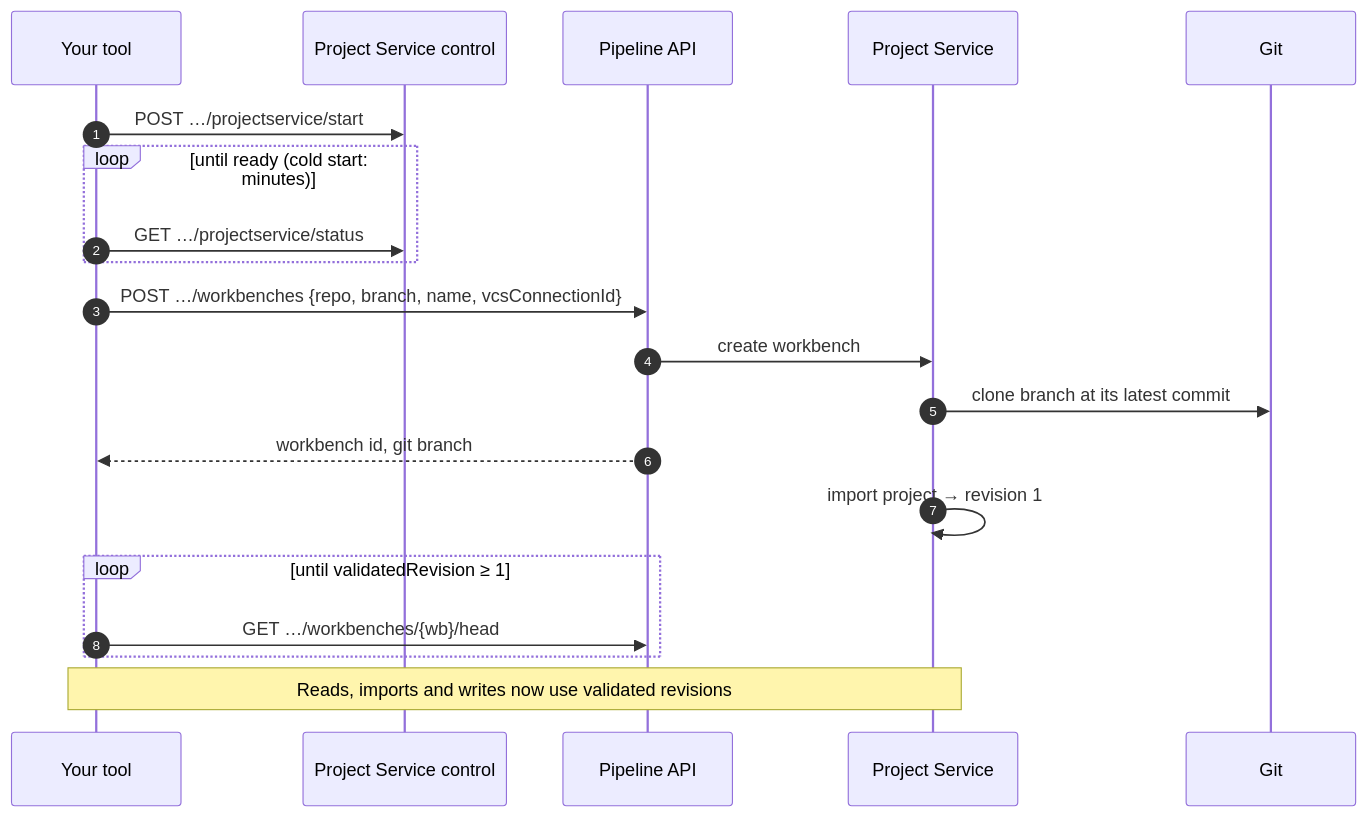
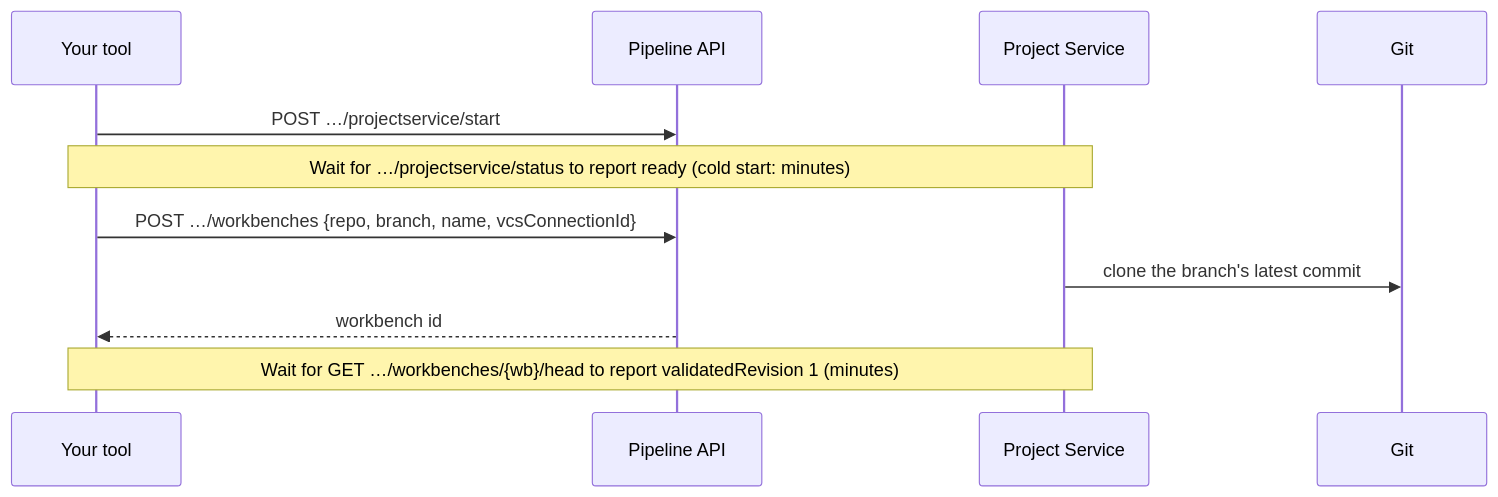
One commit to davidmenardunity/unity_pipeline_sept26_test changed the first of 3 diagrams in docs/architecture.md. Above: the diagram before and after it, drawn with Mermaid. The commit also changed other lines of this file and 1 other file, not shown here.

First line of the commit message:
Docs: simpler architecture overview and one diagram per flow

````diff
--- a/docs/architecture.md
+++ b/docs/architecture.md
@@ -65,23 +22,14 @@
 ```mermaid
 sequenceDiagram
-    autonumber
     participant T as Your tool
-    participant C as Project Service control
     participant API as Pipeline API
     participant PS as Project Service
     participant G as Git
 
-    T->>C: POST …/projectservice/start
-    loop until ready (cold start: minutes)
-        T->>C: GET …/projectservice/status
-    end
+    T->>API: POST …/projectservice/start
+    Note over T,PS: Wait for …/projectservice/status to report ready (cold start: minutes)
     T->>API: POST …/workbenches {repo, branch, name, vcsConnectionId}
-    API->>PS: create workbench
-    PS->>G: clone branch at its latest commit
-    API-->>T: workbench id, git branch
-    PS->>PS: import project → revision 1
-    loop until validatedRevision ≥ 1
-        T->>API: GET …/workbenches/{wb}/head
-    end
-    Note over T,PS: Reads, imports and writes now use validated revisions
+    PS->>G: clone the branch's latest commit
+    API-->>T: workbench id
+    Note over T,PS: Wait for GET …/workbenches/{wb}/head to report validatedRevision 1 (minutes)
 ```
````
